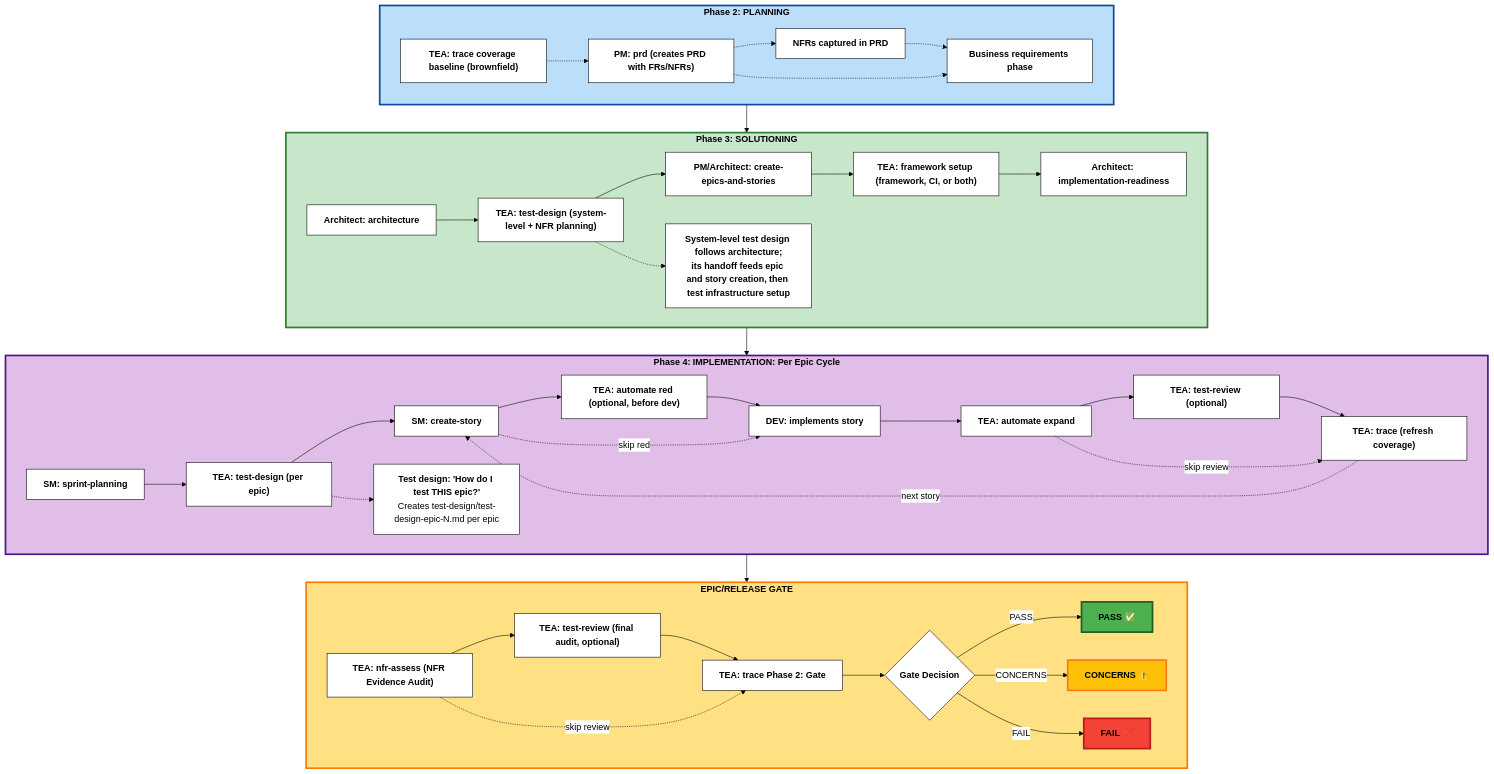
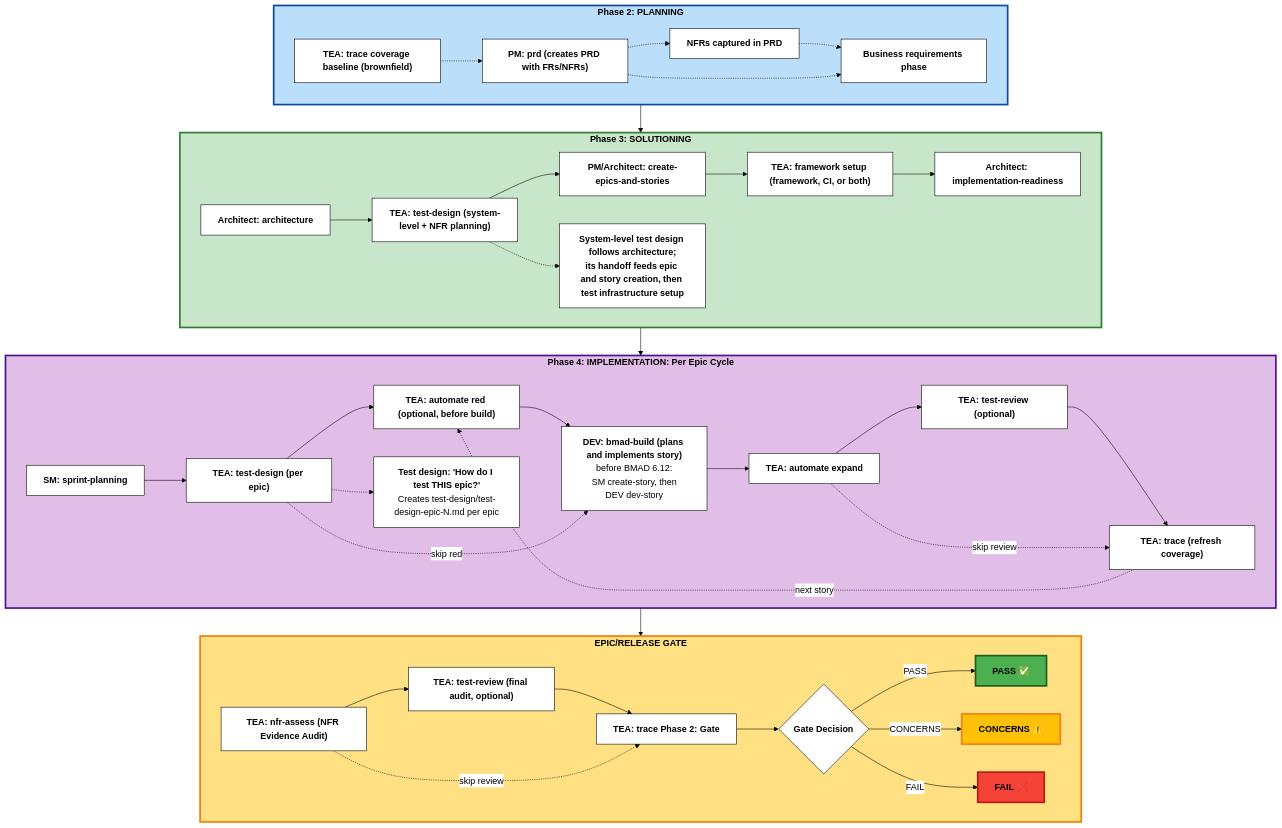
Before and after one commit to bmad-code-org/bmad-method-test-architecture-enterprise: the diagram in docs/explanation/tea-overview.md, drawn with Mermaid. The commit also changed 12 other files, not shown here.

First line of the commit message:
fix(automate): hand red mode off to bmad-build (#445)

````diff
--- a/docs/explanation/tea-overview.md
+++ b/docs/explanation/tea-overview.md
@@ -75,79 +75,77 @@
 ```mermaid
 %%{init: {'theme':'base', 'themeVariables': { 'primaryColor':'#fff','primaryTextColor':'#000','primaryBorderColor':'#000','lineColor':'#000','secondaryColor':'#fff','tertiaryColor':'#fff','fontSize':'16px','fontFamily':'arial'}}}%%
 graph TB
     subgraph Phase2["<b>Phase 2: PLANNING</b>"]
         TraceBaseline["<b>TEA: trace coverage baseline (brownfield)</b>"]
         PM["<b>PM: prd (creates PRD with FRs/NFRs)</b>"]
         TraceBaseline -.-> PM
         PlanNote["<b>Business requirements phase</b>"]
         PrdNfr["<b>NFRs captured in PRD</b>"]
         PM -.-> PrdNfr
         PrdNfr -.-> PlanNote
         PM -.-> PlanNote
     end
 
     subgraph Phase3["<b>Phase 3: SOLUTIONING</b>"]
         Architecture["<b>Architect: architecture</b>"]
         EpicsStories["<b>PM/Architect: create-epics-and-stories</b>"]
         TestDesignSys["<b>TEA: test-design (system-level + NFR planning)</b>"]
         Framework["<b>TEA: framework setup (framework, CI, or both)</b>"]
         GateCheck["<b>Architect: implementation-readiness</b>"]
         Architecture --> TestDesignSys
         TestDesignSys --> EpicsStories
         EpicsStories --> Framework
         Framework --> GateCheck
         Phase3Note["<b>System-level test design follows architecture;</b><br/><b>its handoff feeds epic and story creation, then test infrastructure setup</b>"]
         TestDesignSys -.-> Phase3Note
     end
 
     subgraph Phase4["<b>Phase 4: IMPLEMENTATION: Per Epic Cycle</b>"]
         SprintPlan["<b>SM: sprint-planning</b>"]
         TestDesign["<b>TEA: test-design (per epic)</b>"]
-        CreateStory["<b>SM: create-story</b>"]
-        ATDD["<b>TEA: automate red (optional, before dev)</b>"]
-        DevImpl["<b>DEV: implements story</b>"]
+        ATDD["<b>TEA: automate red (optional, before build)</b>"]
+        Build["<b>DEV: bmad-build (plans and implements story)</b><br/>before BMAD 6.12:<br/>SM create-story, then<br/>DEV dev-story"]
         Automate["<b>TEA: automate expand</b>"]
         TestReview1["<b>TEA: test-review (optional)</b>"]
         Trace1["<b>TEA: trace (refresh coverage)</b>"]
 
         SprintPlan --> TestDesign
-        TestDesign --> CreateStory
-        CreateStory --> ATDD
-        ATDD --> DevImpl
-        CreateStory -.->|skip red| DevImpl
-        DevImpl --> Automate
+        TestDesign --> ATDD
+        ATDD --> Build
+        TestDesign -.->|skip red| Build
+        Build --> Automate
         Automate --> TestReview1
         TestReview1 --> Trace1
         Automate -.->|skip review| Trace1
-        Trace1 -.->|next story| CreateStory
+        Trace1 -.->|next story| ATDD
         TestDesignNote["<b>Test design: 'How do I test THIS epic?'</b><br/>Creates test-design/test-design-epic-N.md per epic"]
         TestDesign -.-> TestDesignNote
     end
 
     subgraph Gate["<b>EPIC/RELEASE GATE</b>"]
         NFR["<b>TEA: nfr-assess (NFR Evidence Audit)</b>"]
         TestReview2["<b>TEA: test-review (final audit, optional)</b>"]
         TraceGate["<b>TEA: trace Phase 2: Gate</b>"]
         GateDecision{"<b>Gate Decision</b>"}
 
         NFR --> TestReview2
         TestReview2 --> TraceGate
         NFR -.->|skip review| TraceGate
         TraceGate --> GateDecision
         GateDecision -->|PASS| Pass["<b>PASS ✅</b>"]
         GateDecision -->|CONCERNS| Concerns["<b>CONCERNS ⚠️</b>"]
         GateDecision -->|FAIL| Fail["<b>FAIL ❌</b>"]
     end
 
     Phase2 --> Phase3
     Phase3 --> Phase4
     Phase4 --> Gate
 
     style Phase2 fill:#bbdefb,stroke:#0d47a1,stroke-width:3px,color:#000
     style Phase3 fill:#c8e6c9,stroke:#2e7d32,stroke-width:3px,color:#000
     style Phase4 fill:#e1bee7,stroke:#4a148c,stroke-width:3px,color:#000
     style Gate fill:#ffe082,stroke:#f57c00,stroke-width:3px,color:#000
     style Pass fill:#4caf50,stroke:#1b5e20,stroke-width:3px,color:#000
     style Concerns fill:#ffc107,stroke:#f57f17,stroke-width:3px,color:#000
     style Fail fill:#f44336,stroke:#b71c1c,stroke-width:3px,color:#000
 ```
````
